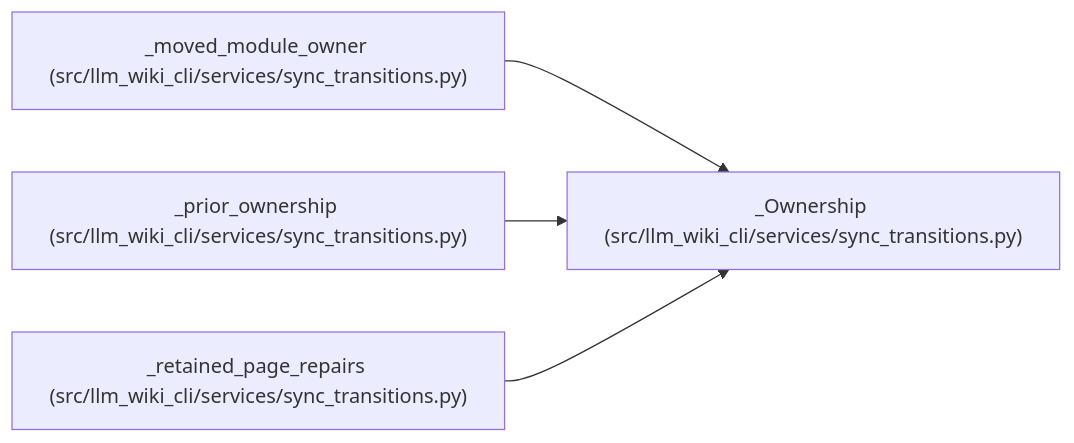
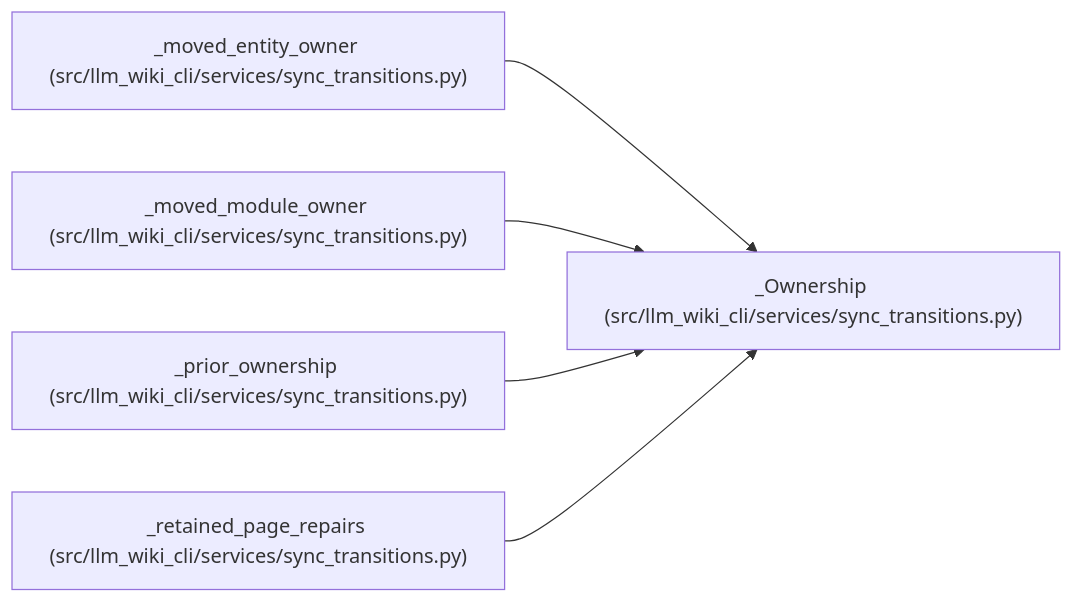
Before and after one commit to Denissvgn/python-wiki-llm: the diagram in docs/llm_wiki/entities/Ownership.md, drawn with Mermaid. The commit also changed other lines of this file and 1058 other files, not shown here.

````diff
--- a/docs/llm_wiki/entities/Ownership.md
+++ b/docs/llm_wiki/entities/Ownership.md
@@ -31,14 +31,17 @@
 ```mermaid
 flowchart LR
     n0["_Ownership (src/llm_wiki_cli/services/sync_transitions.py)"]
-    n1["_moved_module_owner (src/llm_wiki_cli/services/sync_transitions.py)"]
-    n2["_prior_ownership (src/llm_wiki_cli/services/sync_transitions.py)"]
-    n3["_retained_page_repairs (src/llm_wiki_cli/services/sync_transitions.py)"]
+    n1["_moved_entity_owner (src/llm_wiki_cli/services/sync_transitions.py)"]
+    n2["_moved_module_owner (src/llm_wiki_cli/services/sync_transitions.py)"]
+    n3["_prior_ownership (src/llm_wiki_cli/services/sync_transitions.py)"]
+    n4["_retained_page_repairs (src/llm_wiki_cli/services/sync_transitions.py)"]
     n1 --> n0
     n2 --> n0
     n3 --> n0
+    n4 --> n0
     click n0 "../modules/sync_transitions.md"
     click n1 "../modules/sync_transitions.md"
     click n2 "../modules/sync_transitions.md"
     click n3 "../modules/sync_transitions.md"
+    click n4 "../modules/sync_transitions.md"
 ```
````
